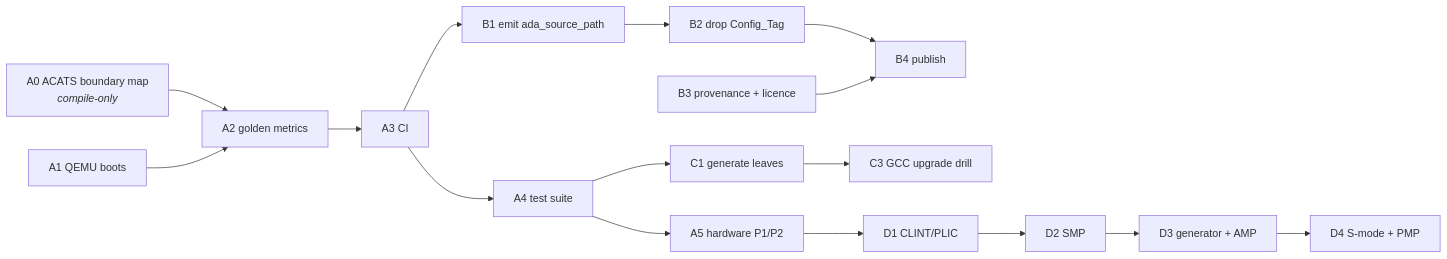
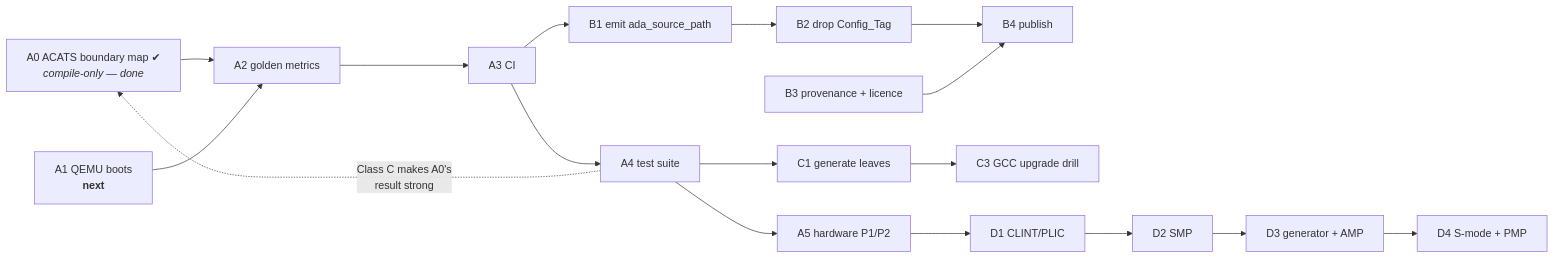
The diagram in RTS-PRODUCTION.md (ThyMYthOS/ada-machine), drawn with Mermaid before and after one commit. The commit also changed other lines of this file, not shown here.

First line of the commit message:
RTS-PRODUCTION.md: A0 done, and what it did and did not settle

````diff
--- a/RTS-PRODUCTION.md
+++ b/RTS-PRODUCTION.md
@@ -236,9 +256,10 @@
 ```mermaid
 graph LR
-    A0["A0 ACATS boundary map<br/><i>compile-only</i>"] --> A2["A2 golden metrics"]
-    A1["A1 QEMU boots"] --> A2 --> A3["A3 CI"] --> A4["A4 test suite"] --> A5["A5 hardware P1/P2"]
+    A0["A0 ACATS boundary map ✔<br/><i>compile-only — done</i>"] --> A2["A2 golden metrics"]
+    A1["A1 QEMU boots<br/><b>next</b>"] --> A2 --> A3["A3 CI"] --> A4["A4 test suite"] --> A5["A5 hardware P1/P2"]
     A3 --> B1["B1 emit ada_source_path"] --> B2["B2 drop Config_Tag"] --> B4["B4 publish"]
     B3["B3 provenance + licence"] --> B4
     A4 --> C1["C1 generate leaves"] --> C3["C3 GCC upgrade drill"]
     A5 --> D1["D1 CLINT/PLIC"] --> D2["D2 SMP"] --> D3["D3 generator + AMP"] --> D4["D4 S-mode + PMP"]
+    A4 -.->|"Class C makes A0's<br/>result strong"| A0
 ```
````
